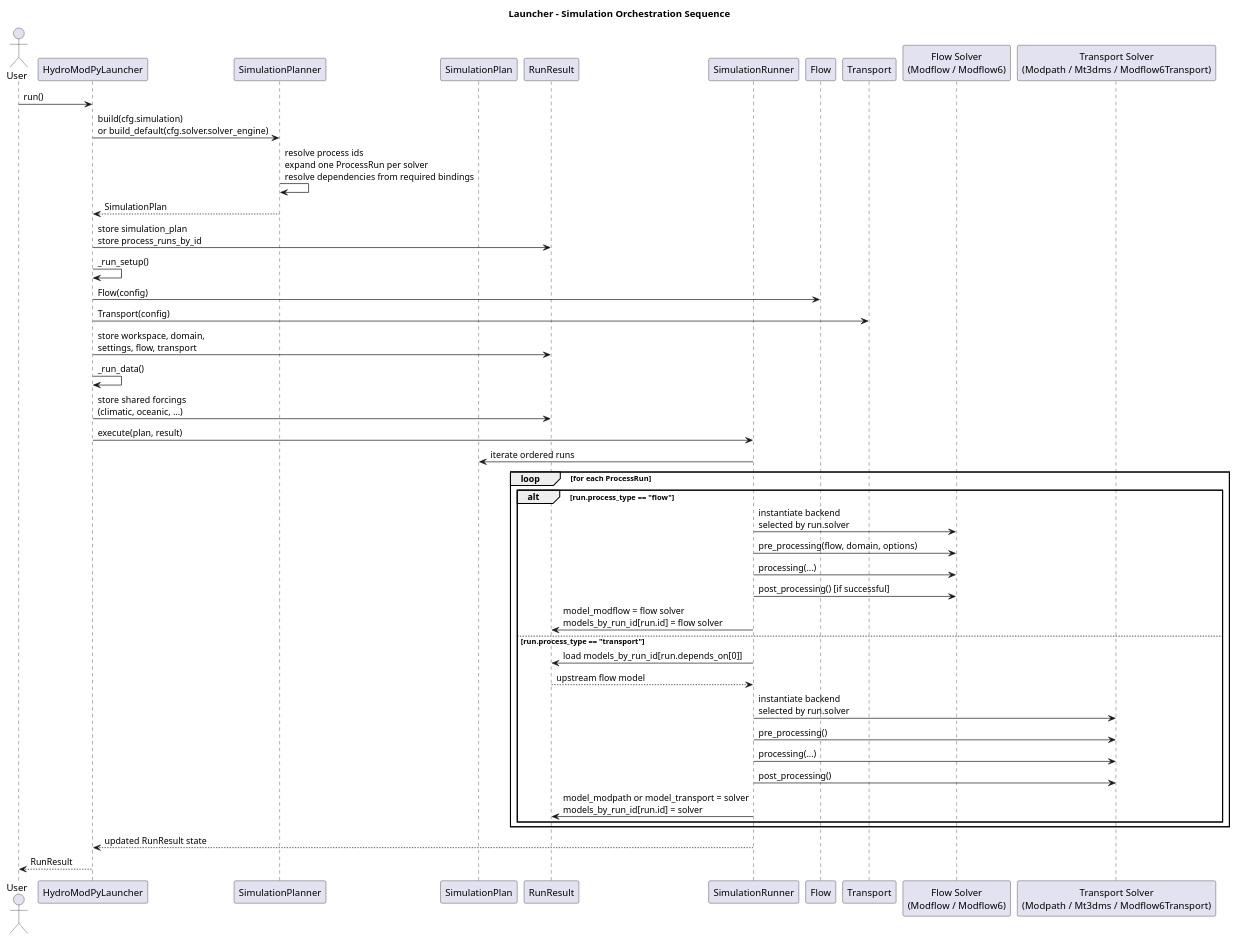
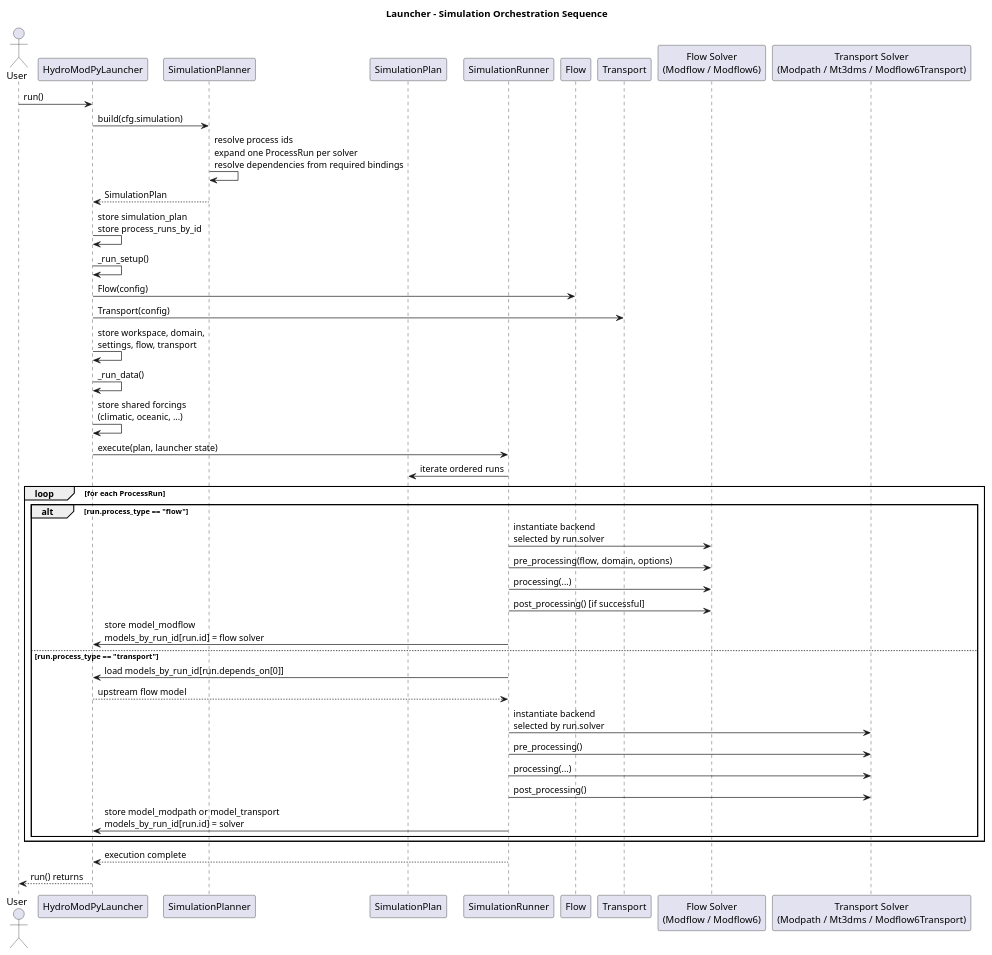
Before and after one commit to HydroModPy/HydroModPy: the diagram in docs/readthedocs/source/architecture/launchers/diagrams/launcher_simulation_orchestration_sequence.wsd, drawn with PlantUML. The commit also changed 7 other files, not shown here.

Commit message:
Document simulation orchestration flow

```diff
--- a/docs/readthedocs/source/architecture/launchers/diagrams/launcher_simulation_orchestration_sequence.wsd
+++ b/docs/readthedocs/source/architecture/launchers/diagrams/launcher_simulation_orchestration_sequence.wsd
@@ -1,53 +1,52 @@
 @startuml
 title Launcher - Simulation Orchestration Sequence
 
 actor User
 participant "HydroModPyLauncher" as Launcher
 participant "SimulationPlanner" as Planner
 participant "SimulationPlan" as Plan
-participant "RunResult" as Result
 participant "SimulationRunner" as Runner
 participant "Flow" as Flow
 participant "Transport" as Transport
 participant "Flow Solver\n(Modflow / Modflow6)" as FlowSolver
 participant "Transport Solver\n(Modpath / Mt3dms / Modflow6Transport)" as TransportSolver
 
 User -> Launcher: run()
-Launcher -> Planner: build(cfg.simulation)\nor build_default(cfg.solver.solver_engine)
+Launcher -> Planner: build(cfg.simulation)
 Planner -> Planner: resolve process ids\nexpand one ProcessRun per solver\nresolve dependencies from required bindings
 Planner --> Launcher: SimulationPlan
 
-Launcher -> Result: store simulation_plan\nstore process_runs_by_id
+Launcher -> Launcher: store simulation_plan\nstore process_runs_by_id
 
 Launcher -> Launcher: _run_setup()
 Launcher -> Flow: Flow(config)
 Launcher -> Transport: Transport(config)
-Launcher -> Result: store workspace, domain,\nsettings, flow, transport
+Launcher -> Launcher: store workspace, domain,\nsettings, flow, transport
 
 Launcher -> Launcher: _run_data()
-Launcher -> Result: store shared forcings\n(climatic, oceanic, ...)
+Launcher -> Launcher: store shared forcings\n(climatic, oceanic, ...)
 
-Launcher -> Runner: execute(plan, result)
+Launcher -> Runner: execute(plan, launcher state)
 Runner -> Plan: iterate ordered runs
 
 loop for each ProcessRun
   alt run.process_type == "flow"
     Runner -> FlowSolver: instantiate backend\nselected by run.solver
     Runner -> FlowSolver: pre_processing(flow, domain, options)
     Runner -> FlowSolver: processing(...)
     Runner -> FlowSolver: post_processing() [if successful]
-    Runner -> Result: model_modflow = flow solver\nmodels_by_run_id[run.id] = flow solver
+    Runner -> Launcher: store model_modflow\nmodels_by_run_id[run.id] = flow solver
   else run.process_type == "transport"
-    Runner -> Result: load models_by_run_id[run.depends_on[0]]
-    Result --> Runner: upstream flow model
+    Runner -> Launcher: load models_by_run_id[run.depends_on[0]]
+    Launcher --> Runner: upstream flow model
     Runner -> TransportSolver: instantiate backend\nselected by run.solver
     Runner -> TransportSolver: pre_processing()
     Runner -> TransportSolver: processing(...)
     Runner -> TransportSolver: post_processing()
-    Runner -> Result: model_modpath or model_transport = solver\nmodels_by_run_id[run.id] = solver
+    Runner -> Launcher: store model_modpath or model_transport\nmodels_by_run_id[run.id] = solver
   end
 end
 
-Runner --> Launcher: updated RunResult state
-Launcher --> User: RunResult
+Runner --> Launcher: execution complete
+Launcher --> User: run() returns
 @enduml
```
